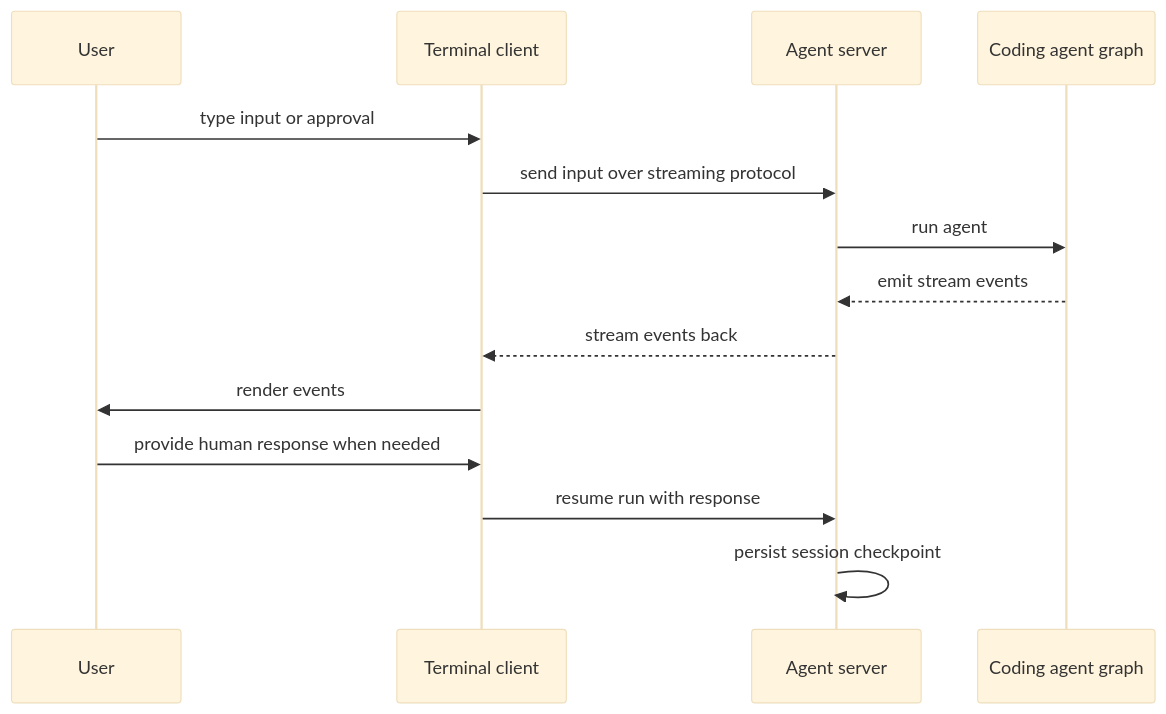
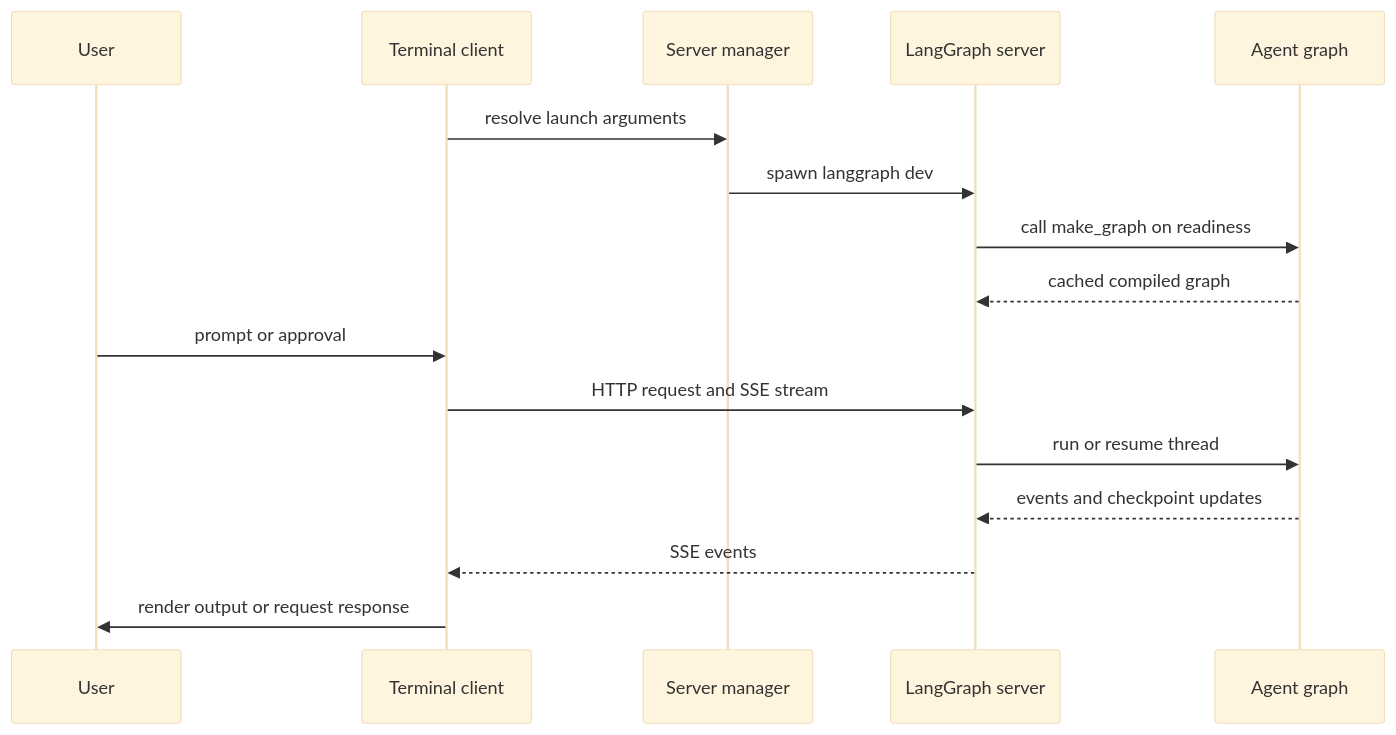
The first of 2 diagrams in openwiki/architecture/code-agent.md (langchain-ai/deepagents), drawn with Mermaid (base theme) before and after one commit. The commit also changed other lines of this file and 20 other files, not shown here.

````diff
--- a/openwiki/architecture/code-agent.md
+++ b/openwiki/architecture/code-agent.md
@@ -63,17 +62,19 @@
 ```mermaid
 sequenceDiagram
     participant User
     participant Client as Terminal client
-    participant Server as Agent server
-    participant Graph as Coding agent graph
+    participant Manager as Server manager
+    participant Server as LangGraph server
+    participant Graph as Agent graph
 
-    User->>Client: type input or approval
-    Client->>Server: send input over streaming protocol
-    Server->>Graph: run agent
-    Graph-->>Server: emit stream events
-    Server-->>Client: stream events back
-    Client->>User: render events
-    User->>Client: provide human response when needed
-    Client->>Server: resume run with response
-    Server->>Server: persist session checkpoint
+    Client->>Manager: resolve launch arguments
+    Manager->>Server: spawn langgraph dev
+    Server->>Graph: call make_graph on readiness
+    Graph-->>Server: cached compiled graph
+    User->>Client: prompt or approval
+    Client->>Server: HTTP request and SSE stream
+    Server->>Graph: run or resume thread
+    Graph-->>Server: events and checkpoint updates
+    Server-->>Client: SSE events
+    Client->>User: render output or request response
 ```
````
